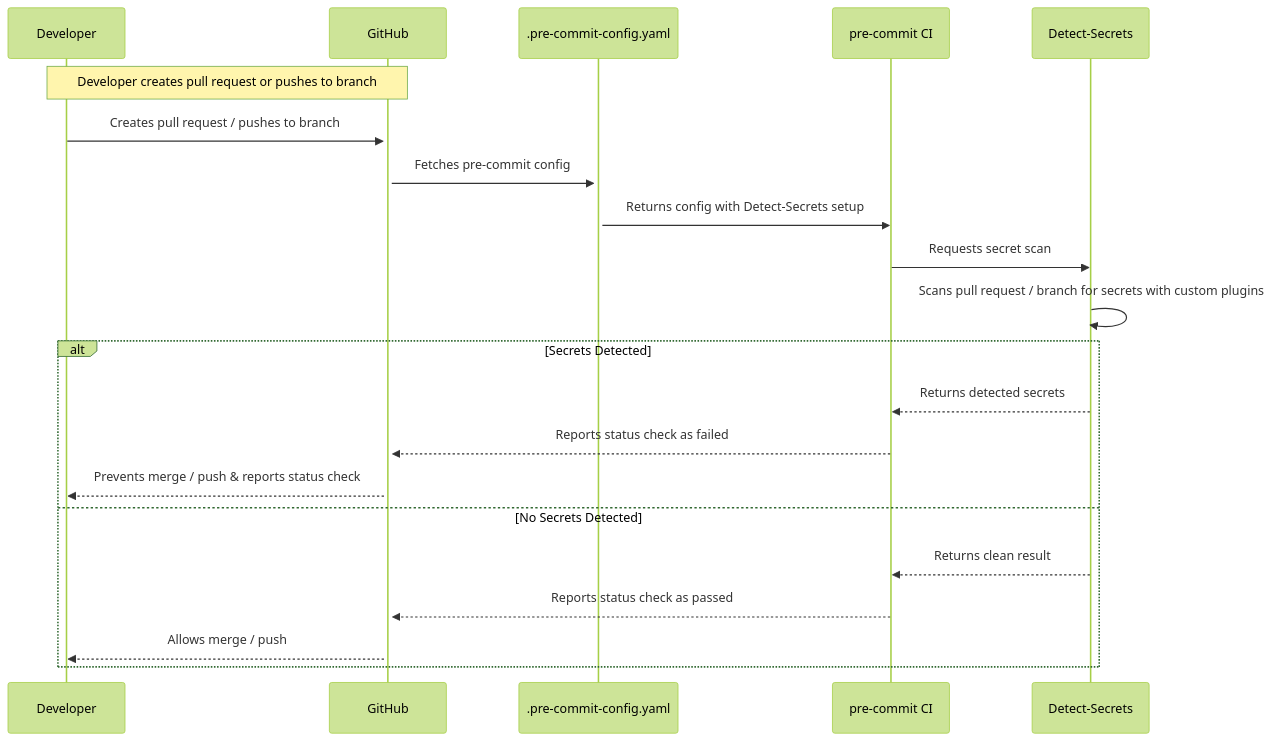
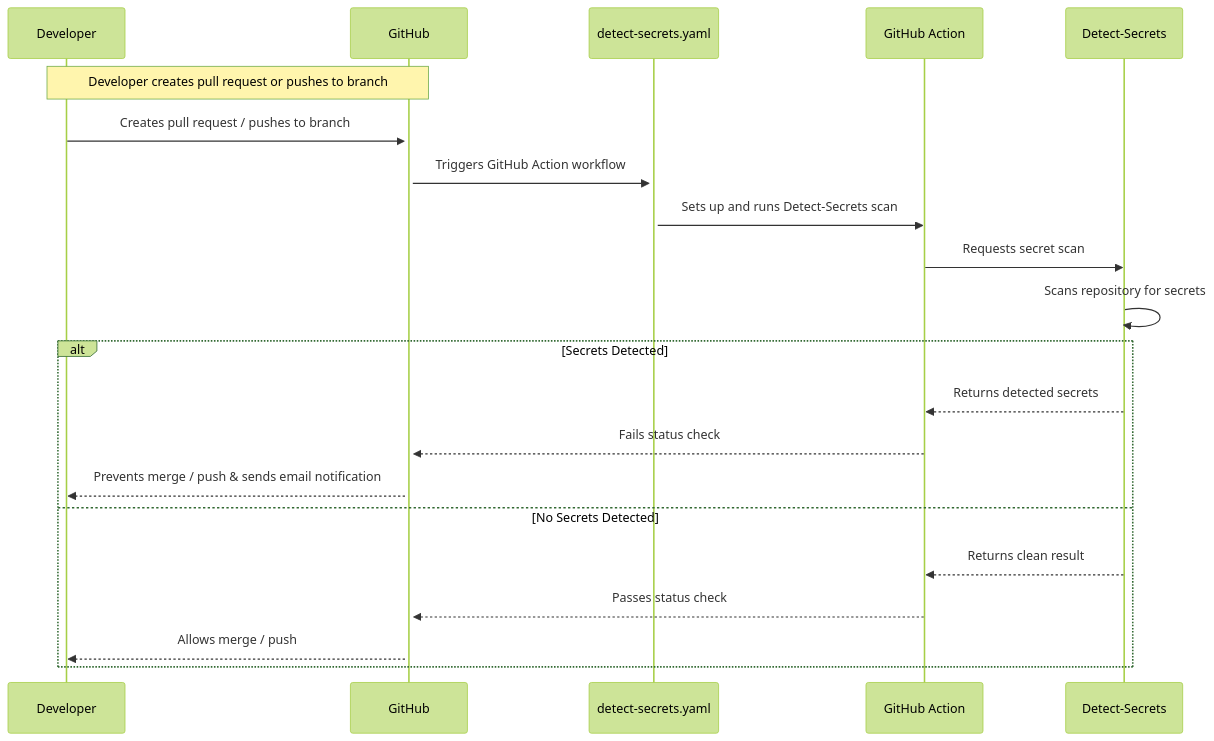
The fifth of 6 diagrams in continuous-testing/starter-kits/README.md (NASA-AMMOS/slim), drawn with Mermaid (forest theme) before and after one commit. The commit also changed other lines of this file, not shown here.

Commit message:
Issue #89: Update documentation for detect-secrets

````diff
--- a/continuous-testing/starter-kits/README.md
+++ b/continuous-testing/starter-kits/README.md
@@ -239,25 +240,25 @@
 ```mermaid
 sequenceDiagram
     participant User as Developer
     participant GH as GitHub
-    participant Config as .pre-commit-config.yaml
-    participant CI as pre-commit CI
+    participant Workflow as detect-secrets.yaml
+    participant GA as GitHub Action
     participant DS as Detect-Secrets
 
     Note over User,GH: Developer creates pull request or pushes to branch
     User->>+GH: Creates pull request / pushes to branch
-    GH->>+Config: Fetches pre-commit config
-    Config->>CI: Returns config with Detect-Secrets setup
-    CI->>DS: Requests secret scan
-    DS->>DS: Scans pull request / branch for secrets with custom plugins
+    GH->>+Workflow: Triggers GitHub Action workflow
+    Workflow->>GA: Sets up and runs Detect-Secrets scan
+    GA->>DS: Requests secret scan
+    DS->>DS: Scans repository for secrets
     alt Secrets Detected
-        DS-->>CI: Returns detected secrets
-        CI-->>GH: Reports status check as failed
-        GH-->>User: Prevents merge / push & reports status check
+        DS-->>GA: Returns detected secrets
+        GA-->>GH: Fails status check
+        GH-->>User: Prevents merge / push & sends email notification
     else No Secrets Detected
-        DS-->>CI: Returns clean result
-        CI-->>GH: Reports status check as passed
+        DS-->>GA: Returns clean result
+        GA-->>GH: Passes status check
         GH-->>User: Allows merge / push
     end
 
 ```
````
